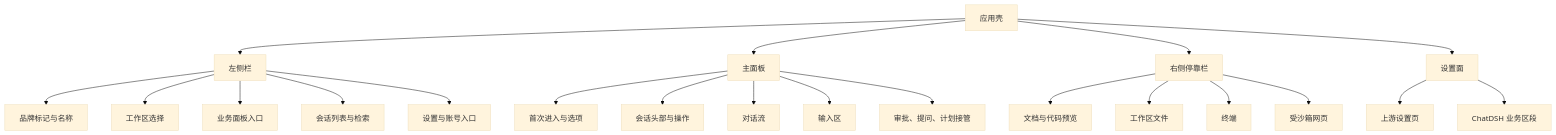
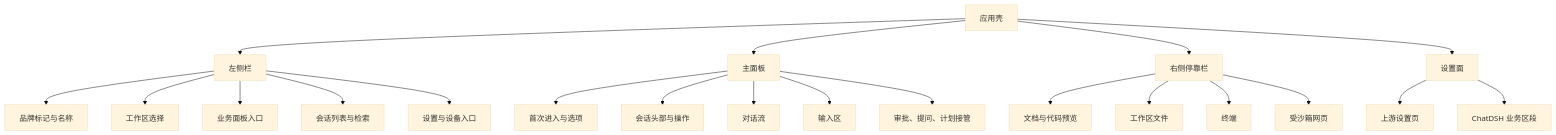
One commit to wenzetan/chatdsh changed the diagram in runtime/docs/ui-feature-inventory.md. Above: the diagram before and after it, drawn with Mermaid (base theme). The commit also changed other lines of this file and 36 other files, not shown here.

````diff
--- a/runtime/docs/ui-feature-inventory.md
+++ b/runtime/docs/ui-feature-inventory.md
@@ -17,28 +18,28 @@
 ```mermaid
 flowchart TB
   APP["应用壳"]
   APP --> LEFT["左侧栏"]
   APP --> CENTER["主面板"]
   APP --> RIGHT["右侧停靠栏"]
   APP --> SETTINGS["设置面"]
 
   LEFT --> BRAND["品牌标记与名称"]
   LEFT --> WORKSPACE["工作区选择"]
   LEFT --> PANELS["业务面板入口"]
   LEFT --> SESSIONS["会话列表与检索"]
-  LEFT --> FOOTER["设置与账号入口"]
+  LEFT --> FOOTER["设置与设备入口"]
 
   CENTER --> HERO["首次进入与选项"]
   CENTER --> HEADER["会话头部与操作"]
   CENTER --> CONV["对话流"]
   CENTER --> COMPOSER["输入区"]
   CENTER --> TAKEOVER["审批、提问、计划接管"]
 
   RIGHT --> PREVIEW["文档与代码预览"]
   RIGHT --> FILES["工作区文件"]
   RIGHT --> TERMINAL["终端"]
   RIGHT --> BROWSER["受沙箱网页"]
 
   SETTINGS --> UPSTREAM["上游设置页"]
   SETTINGS --> CUSTOM["ChatDSH 业务区段"]
 ```
````
